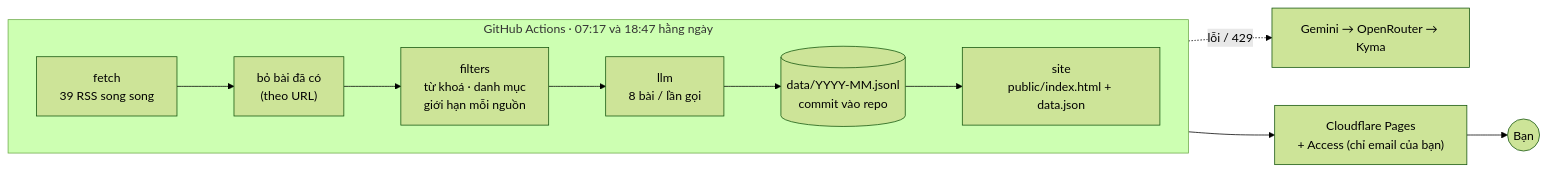
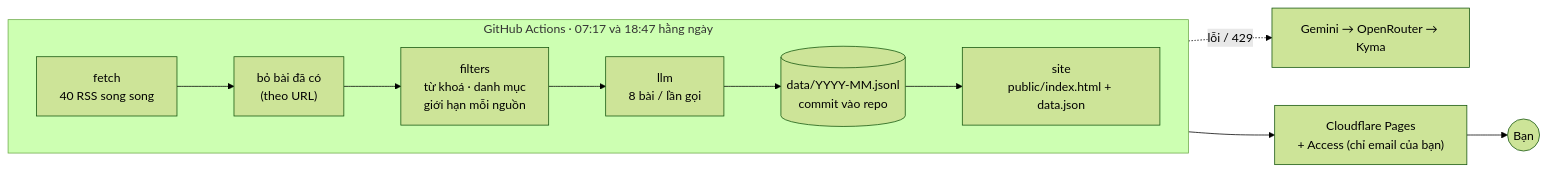
One commit to minmincute912/tech-new-agent changed the diagram in README.md. Above: the diagram before and after it, drawn with Mermaid (forest theme). The commit also changed other lines of this file and 2 other files, not shown here.

Commit message:
feat: add Viblo feed

````diff
--- a/README.md
+++ b/README.md
@@ -6,14 +6,14 @@
 ```mermaid
 flowchart LR
     subgraph GH["GitHub Actions · 07:17 và 18:47 hằng ngày"]
         direction LR
-        F["fetch<br/>39 RSS song song"] --> D["bỏ bài đã có<br/>(theo URL)"]
+        F["fetch<br/>40 RSS song song"] --> D["bỏ bài đã có<br/>(theo URL)"]
         D --> L["filters<br/>từ khoá · danh mục<br/>giới hạn mỗi nguồn"]
         L --> A["llm<br/>8 bài / lần gọi"]
         A --> S[("data/YYYY-MM.jsonl<br/>commit vào repo")]
         S --> B["site<br/>public/index.html + data.json"]
     end
     A -. "lỗi / 429" .-> FB["Gemini → OpenRouter → Kyma"]
     B --> CF["Cloudflare Pages<br/>+ Access (chỉ email của bạn)"]
     CF --> U(("Bạn"))
 ```
````
